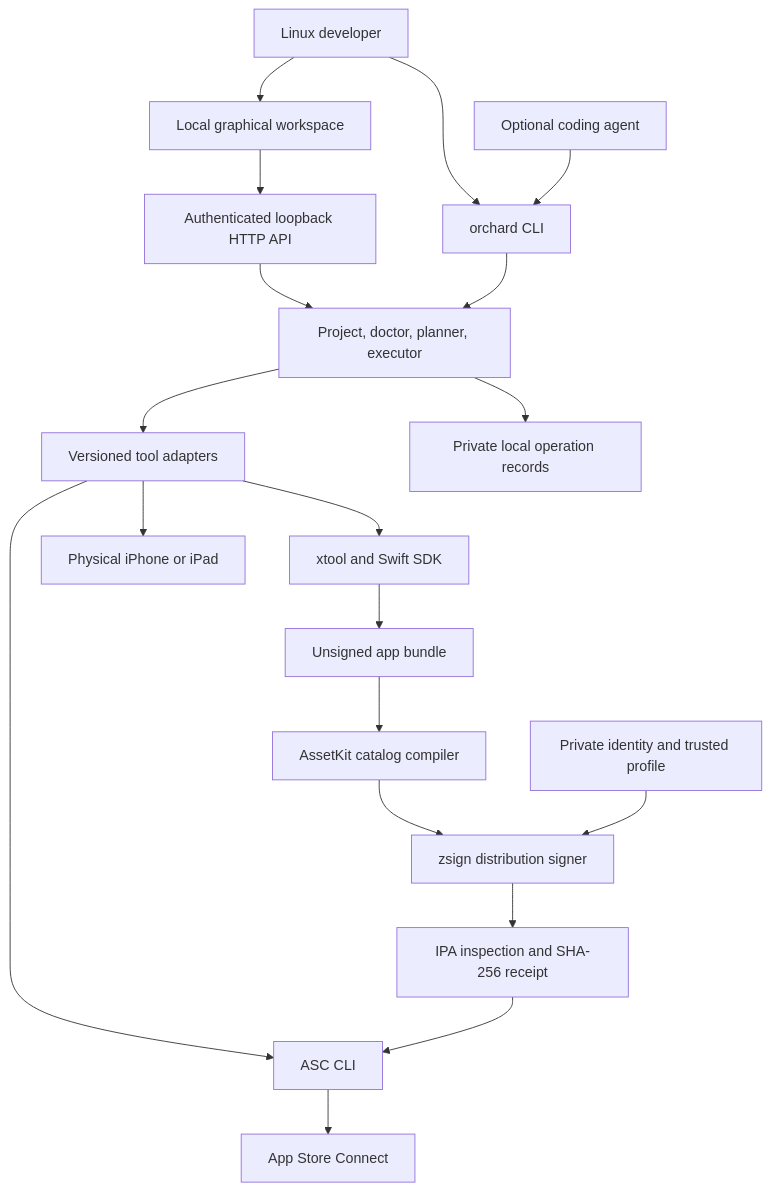
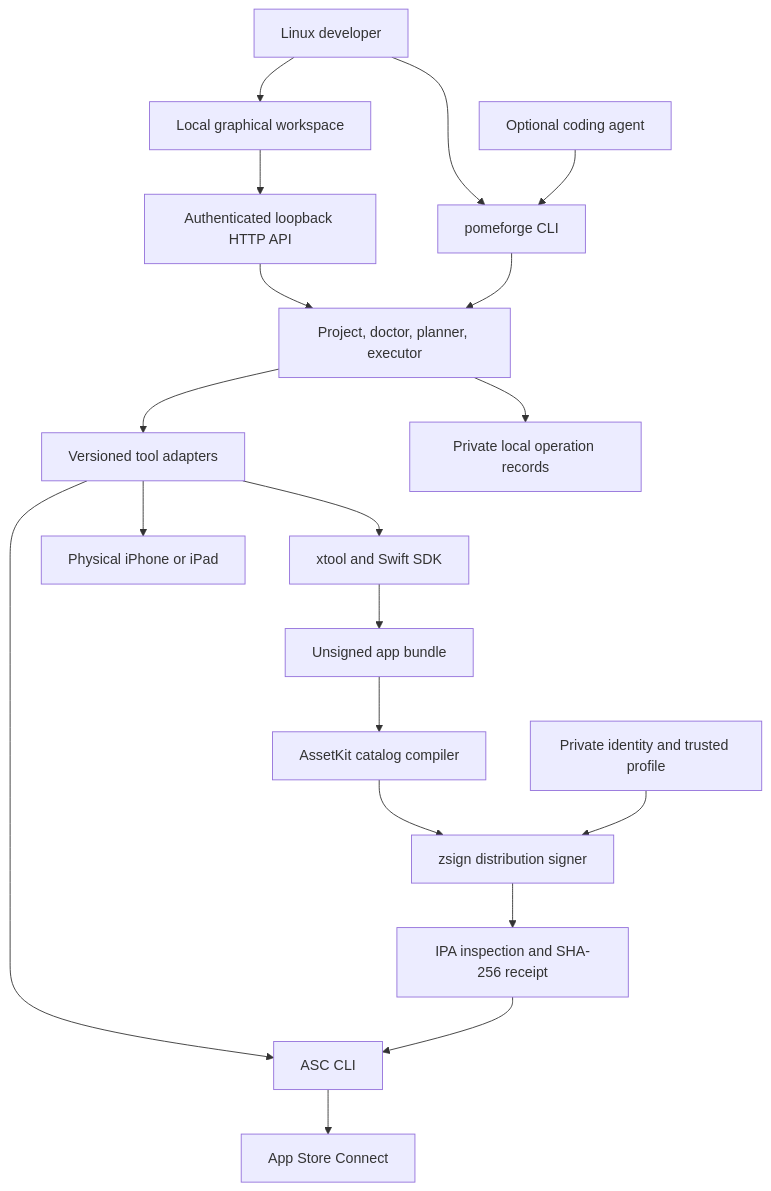
One commit to gerdums/pomeforge changed the diagram in docs/architecture.md. Above: the diagram before and after it, drawn with Mermaid. The commit also changed other lines of this file and 114 other files, not shown here.

````diff
--- a/docs/architecture.md
+++ b/docs/architecture.md
@@ -15,21 +15,21 @@
 ```mermaid
 flowchart TD
     Person[Linux developer] --> App[Local graphical workspace]
-    Person --> CLI[orchard CLI]
+    Person --> CLI[pomeforge CLI]
     Agent[Optional coding agent] --> CLI
     App --> API[Authenticated loopback HTTP API]
     API --> Core[Project, doctor, planner, executor]
     CLI --> Core
     Core --> Tools[Versioned tool adapters]
     Tools --> Xtool[xtool and Swift SDK]
     Xtool --> Bundle[Unsigned app bundle]
     Bundle --> Assets[AssetKit catalog compiler]
     Assets --> Sign[zsign distribution signer]
     Identity[Private identity and trusted profile] --> Sign
     Sign --> Inspect[IPA inspection and SHA-256 receipt]
     Tools --> Device[Physical iPhone or iPad]
     Tools --> ASC[ASC CLI]
     Inspect --> ASC
     ASC --> Apple[App Store Connect]
     Core --> Evidence[Private local operation records]
 ```
````
